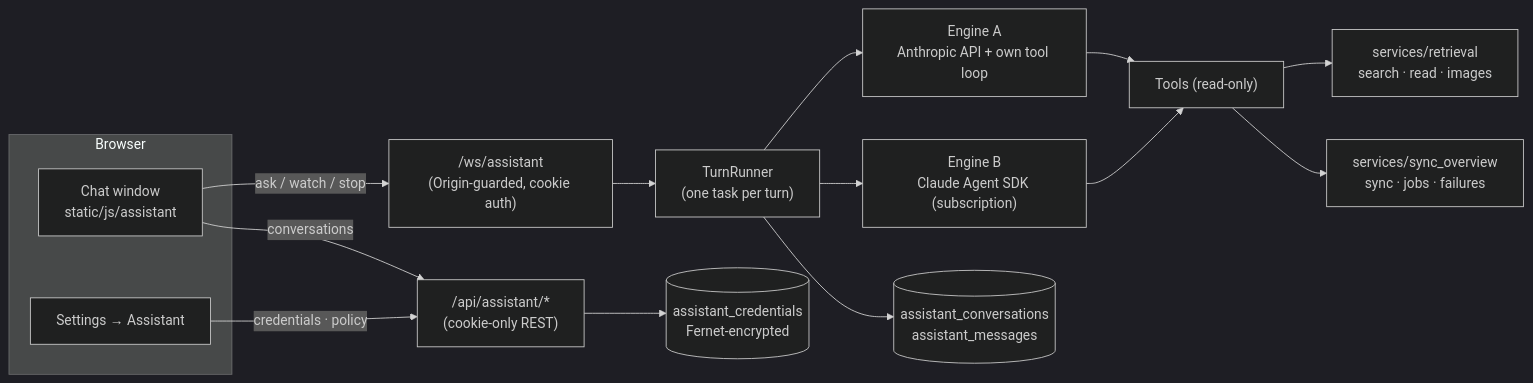
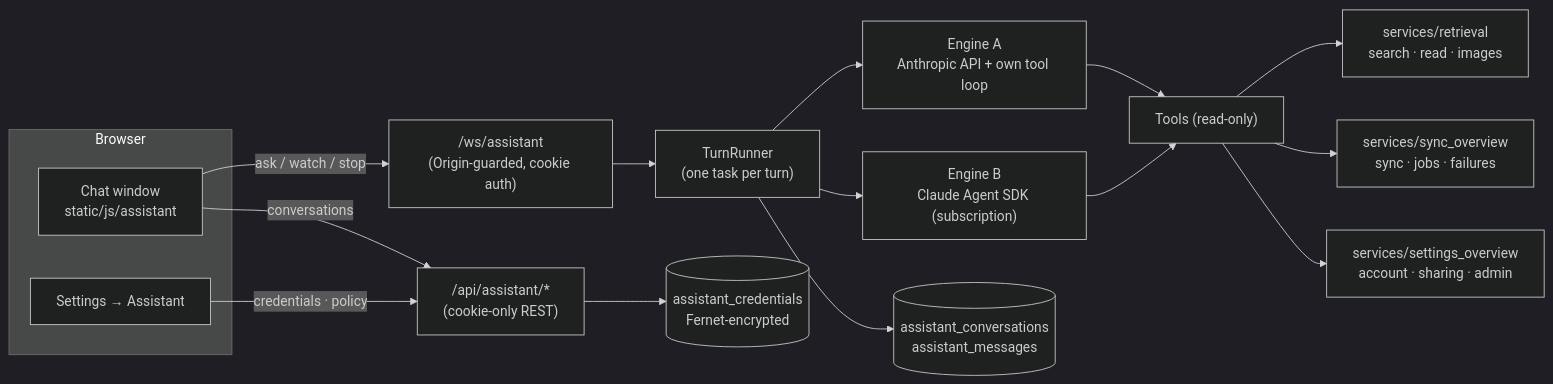
One commit to voitta-ai/voitta-rag-enterprise changed diagram 22 of 23 in docs/OPERATIONS.md. Above: the diagram before and after it, drawn with Mermaid (dark theme). The commit also changed other lines of this file and 14 other files, not shown here.

First line of the commit message:
feat(assistant): read-only settings tools — account, sharing, sync credentials, admin console

````diff
--- a/docs/OPERATIONS.md
+++ b/docs/OPERATIONS.md
@@ -1808,18 +1811,19 @@
 ```mermaid
 flowchart LR
     subgraph Browser
         W["Chat window<br/>static/js/assistant"]
         S["Settings → Assistant"]
     end
     W -- "ask / watch / stop" --> WS["/ws/assistant<br/>(Origin-guarded, cookie auth)"]
     W -- "conversations" --> R["/api/assistant/*<br/>(cookie-only REST)"]
     S -- "credentials · policy" --> R
     WS --> TR["TurnRunner<br/>(one task per turn)"]
     TR --> EA["Engine A<br/>Anthropic API + own tool loop"]
     TR --> EB["Engine B<br/>Claude Agent SDK (subscription)"]
     EA & EB --> T["Tools (read-only)"]
     T --> RET["services/retrieval<br/>search · read · images"]
     T --> SO["services/sync_overview<br/>sync · jobs · failures"]
+    T --> ST["services/settings_overview<br/>account · sharing · admin"]
     TR --> DB[("assistant_conversations<br/>assistant_messages")]
     R --> CR[("assistant_credentials<br/>Fernet-encrypted")]
 ```
````
